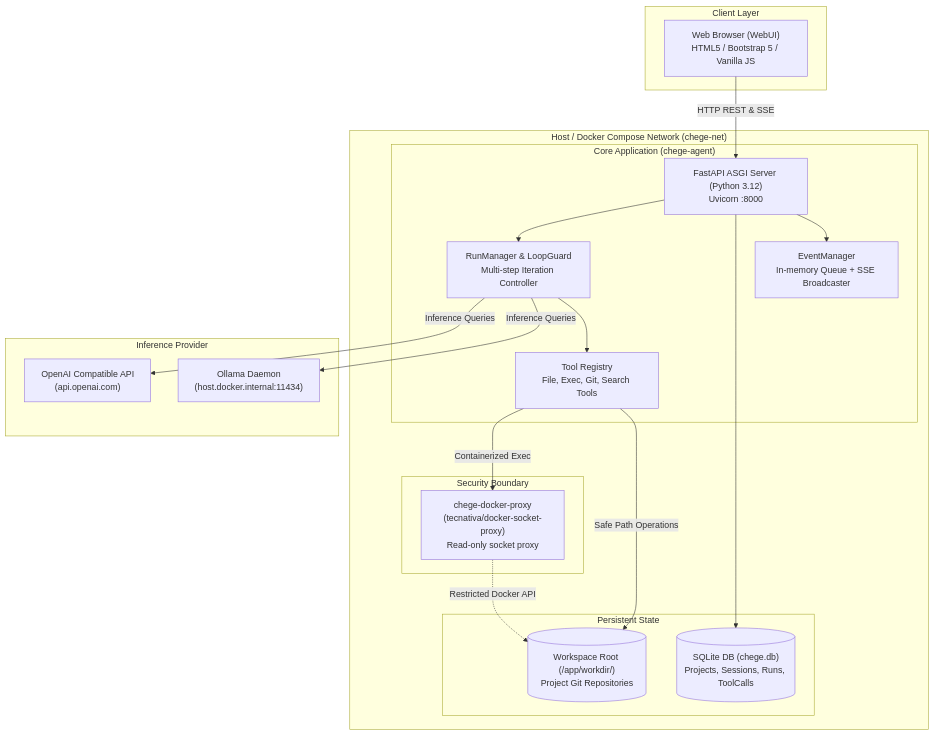
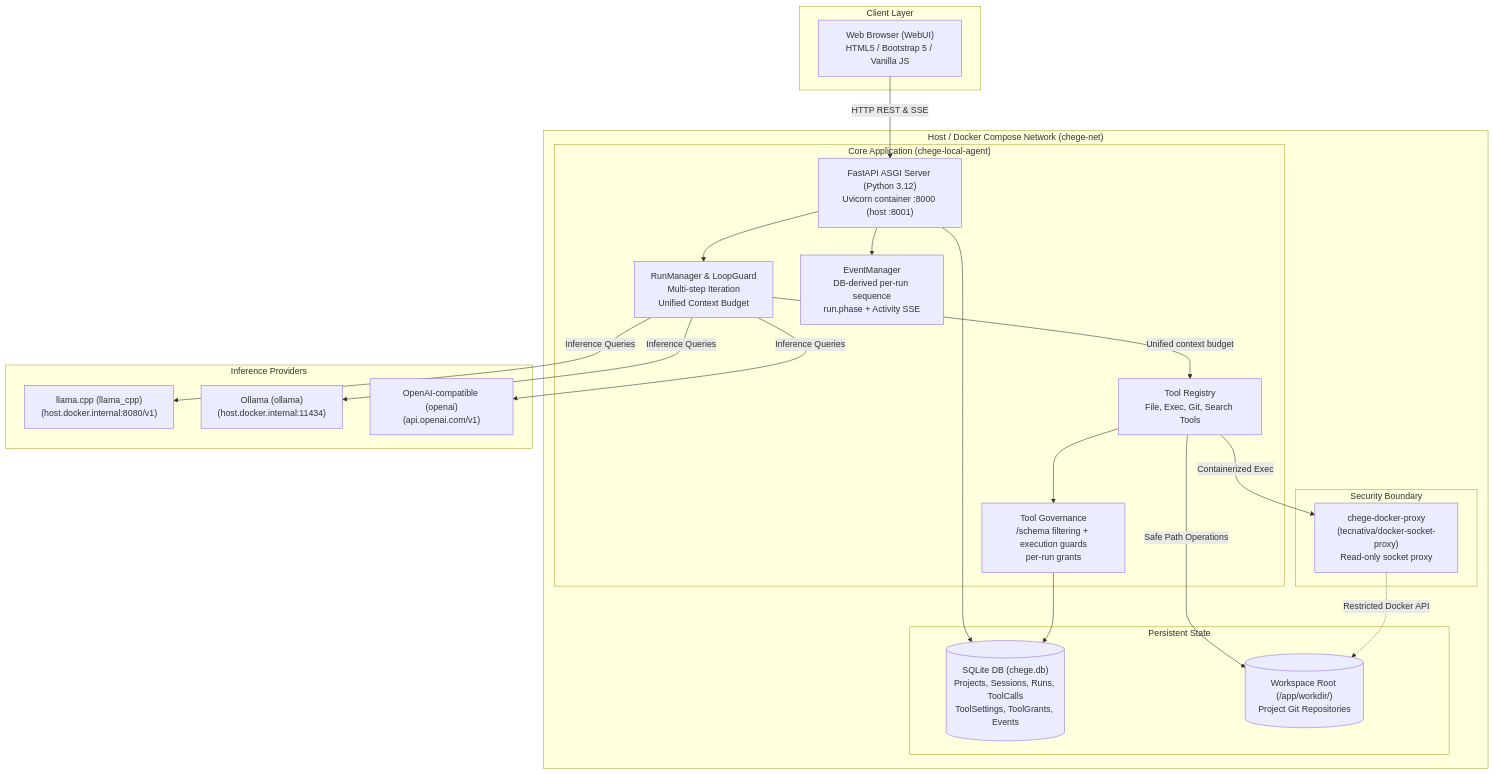
One commit to Niccher/Chege-Agent changed the diagram in docs/architecture/overview.md. Above: the diagram before and after it, drawn with Mermaid. The commit also changed other lines of this file and 72 other files, not shown here.

First line of the commit message:
feat(agent,ui): complete Phase 4C runtime, model, tool and playground upgrades

````diff
--- a/docs/architecture/overview.md
+++ b/docs/architecture/overview.md
@@ -9,40 +9,45 @@
 ```mermaid
 flowchart TB
     subgraph Clients ["Client Layer"]
         Browser["Web Browser (WebUI)\nHTML5 / Bootstrap 5 / Vanilla JS"]
     end
 
     subgraph Host ["Host / Docker Compose Network (chege-net)"]
         subgraph Proxy ["Security Boundary"]
             DSP["chege-docker-proxy\n(tecnativa/docker-socket-proxy)\nRead-only socket proxy"]
         end
 
-        subgraph CoreApp ["Core Application (chege-agent)"]
-            FastAPI["FastAPI ASGI Server (Python 3.12)\nUvicorn :8000"]
-            AgentLoop["RunManager & LoopGuard\nMulti-step Iteration Controller"]
+        subgraph CoreApp ["Core Application (chege-local-agent)"]
+            FastAPI["FastAPI ASGI Server (Python 3.12)\nUvicorn container :8000 (host :8001)"]
+            AgentLoop["RunManager & LoopGuard\nMulti-step Iteration\nUnified Context Budget"]
             ToolRegistry["Tool Registry\nFile, Exec, Git, Search Tools"]
-            EventBus["EventManager\nIn-memory Queue + SSE Broadcaster"]
+            Governance["Tool Governance\n/schema filtering + execution guards\nper-run grants"]
+            EventBus["EventManager\nDB-derived per-run sequence\nrun.phase + Activity SSE"]
         end
 
         subgraph Storage ["Persistent State"]
-            SQLite[("SQLite DB (chege.db)\nProjects, Sessions, Runs, ToolCalls")]
+            SQLite[("SQLite DB (chege.db)\nProjects, Sessions, Runs, ToolCalls\nToolSettings, ToolGrants, Events")]
             Workdir[("Workspace Root (/app/workdir/)\nProject Git Repositories")]
         end
     end
 
-    subgraph LLM ["Inference Provider"]
-        Ollama["Ollama Daemon\n(host.docker.internal:11434)"]
-        OpenAI["OpenAI Compatible API\n(api.openai.com)"]
+    subgraph LLM ["Inference Providers"]
+        LlamaCPP["llama.cpp (llama_cpp)\n(host.docker.internal:8080/v1)"]
+        Ollama["Ollama (ollama)\n(host.docker.internal:11434)"]
+        OpenAI["OpenAI-compatible (openai)\n(api.openai.com/v1)"]
     end
 
     Browser -->|HTTP REST & SSE| FastAPI
     FastAPI --> EventBus
     FastAPI --> SQLite
     FastAPI --> AgentLoop
-    AgentLoop --> ToolRegistry
+    AgentLoop -->|Unified context budget| ToolRegistry
+    ToolRegistry --> Governance
+    Governance --> SQLite
+    AgentLoop -->|Inference Queries| LlamaCPP
     AgentLoop -->|Inference Queries| Ollama
     AgentLoop -->|Inference Queries| OpenAI
     ToolRegistry -->|Safe Path Operations| Workdir
     ToolRegistry -->|Containerized Exec| DSP
     DSP -.->|Restricted Docker API| Workdir
 ```
````
